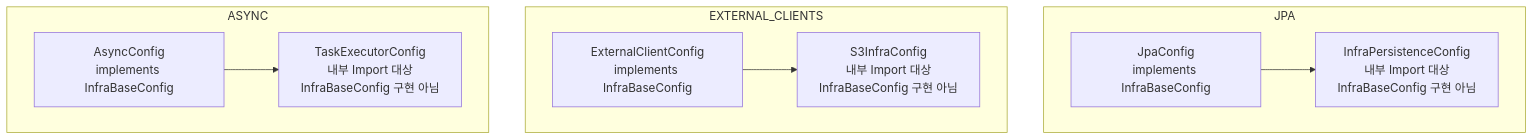
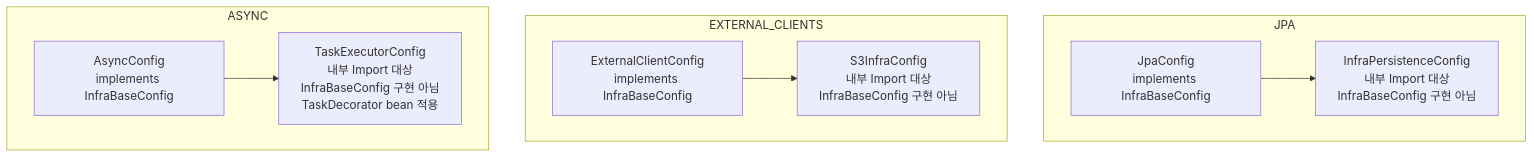
The third of 14 diagrams in infra/README.md (TEAM-BEAT/BEAT-SERVER), drawn with Mermaid before and after one commit. The commit also changed other lines of this file and 6 other files, not shown here.

````diff
--- a/infra/README.md
+++ b/infra/README.md
@@ -156,20 +166,20 @@
 ```mermaid
 flowchart TB
     subgraph JPA["JPA"]
         JpaConfig["JpaConfig<br/>implements InfraBaseConfig"]
         InfraPersistenceConfig["InfraPersistenceConfig<br/>내부 Import 대상<br/>InfraBaseConfig 구현 아님"]
         JpaConfig --> InfraPersistenceConfig
     end
 
     subgraph EXTERNAL["EXTERNAL_CLIENTS"]
         ExternalClientConfig["ExternalClientConfig<br/>implements InfraBaseConfig"]
         S3InfraConfig["S3InfraConfig<br/>내부 Import 대상<br/>InfraBaseConfig 구현 아님"]
         ExternalClientConfig --> S3InfraConfig
     end
 
     subgraph ASYNC["ASYNC"]
         AsyncConfig["AsyncConfig<br/>implements InfraBaseConfig"]
-        TaskExecutorConfig["TaskExecutorConfig<br/>내부 Import 대상<br/>InfraBaseConfig 구현 아님"]
+        TaskExecutorConfig["TaskExecutorConfig<br/>내부 Import 대상<br/>InfraBaseConfig 구현 아님<br/>TaskDecorator bean 적용"]
         AsyncConfig --> TaskExecutorConfig
     end
 ```
````
